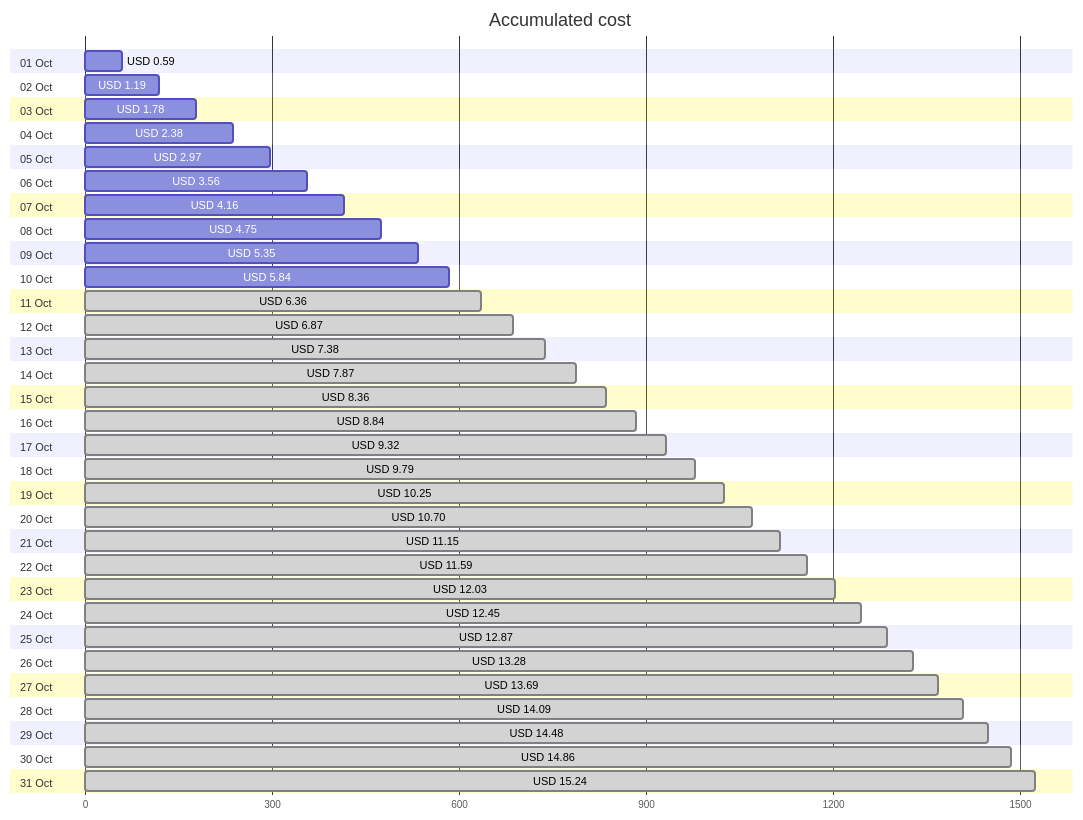
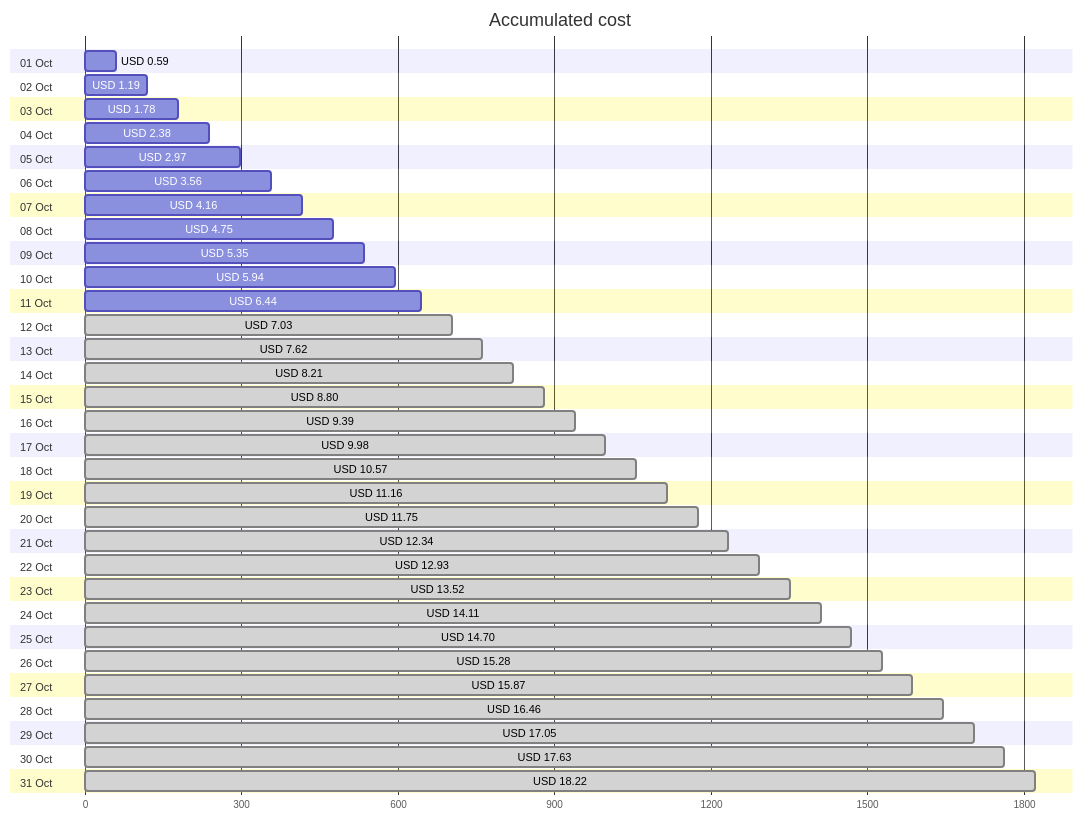
The first of 4 diagrams in cost-reports/personal-site/README.md (jpfulton/azure-personal-reports), drawn with Mermaid before and after one commit. The commit also changed other lines of this file and 7 other files, not shown here.

````diff
--- a/cost-reports/personal-site/README.md
+++ b/cost-reports/personal-site/README.md
@@ -20,68 +20,68 @@
 ```mermaid
 gantt
    title Accumulated cost
    dateFormat  X
    axisFormat %s
    section 01 Oct
    USD 0.59 :0, 59
    section 02 Oct
    USD 1.19 :0, 119
    section 03 Oct
    USD 1.78 :0, 178
    section 04 Oct
    USD 2.38 :0, 238
    section 05 Oct
    USD 2.97 :0, 297
    section 06 Oct
    USD 3.56 :0, 356
    section 07 Oct
    USD 4.16 :0, 416
    section 08 Oct
    USD 4.75 :0, 475
    section 09 Oct
    USD 5.35 :0, 535
    section 10 Oct
-   USD 5.84 :0, 584
+   USD 5.94 :0, 594
    section 11 Oct
-   USD 6.36 : done, 0, 636
+   USD 6.44 :0, 644
    section 12 Oct
-   USD 6.87 : done, 0, 687
+   USD 7.03 : done, 0, 703
    section 13 Oct
-   USD 7.38 : done, 0, 738
+   USD 7.62 : done, 0, 762
    section 14 Oct
-   USD 7.87 : done, 0, 787
+   USD 8.21 : done, 0, 821
    section 15 Oct
-   USD 8.36 : done, 0, 836
+   USD 8.80 : done, 0, 880
    section 16 Oct
-   USD 8.84 : done, 0, 884
+   USD 9.39 : done, 0, 939
    section 17 Oct
-   USD 9.32 : done, 0, 932
+   USD 9.98 : done, 0, 998
    section 18 Oct
-   USD 9.79 : done, 0, 979
+   USD 10.57 : done, 0, 1057
    section 19 Oct
-   USD 10.25 : done, 0, 1025
+   USD 11.16 : done, 0, 1116
    section 20 Oct
-   USD 10.70 : done, 0, 1070
+   USD 11.75 : done, 0, 1175
    section 21 Oct
-   USD 11.15 : done, 0, 1115
+   USD 12.34 : done, 0, 1234
    section 22 Oct
-   USD 11.59 : done, 0, 1159
+   USD 12.93 : done, 0, 1293
    section 23 Oct
-   USD 12.03 : done, 0, 1203
+   USD 13.52 : done, 0, 1352
    section 24 Oct
-   USD 12.45 : done, 0, 1245
+   USD 14.11 : done, 0, 1411
    section 25 Oct
-   USD 12.87 : done, 0, 1287
+   USD 14.70 : done, 0, 1470
    section 26 Oct
-   USD 13.28 : done, 0, 1328
+   USD 15.28 : done, 0, 1528
    section 27 Oct
-   USD 13.69 : done, 0, 1369
+   USD 15.87 : done, 0, 1587
    section 28 Oct
-   USD 14.09 : done, 0, 1409
+   USD 16.46 : done, 0, 1646
    section 29 Oct
-   USD 14.48 : done, 0, 1448
+   USD 17.05 : done, 0, 1705
    section 30 Oct
-   USD 14.86 : done, 0, 1486
+   USD 17.63 : done, 0, 1763
    section 31 Oct
-   USD 15.24 : done, 0, 1524
+   USD 18.22 : done, 0, 1822
 ```
````
